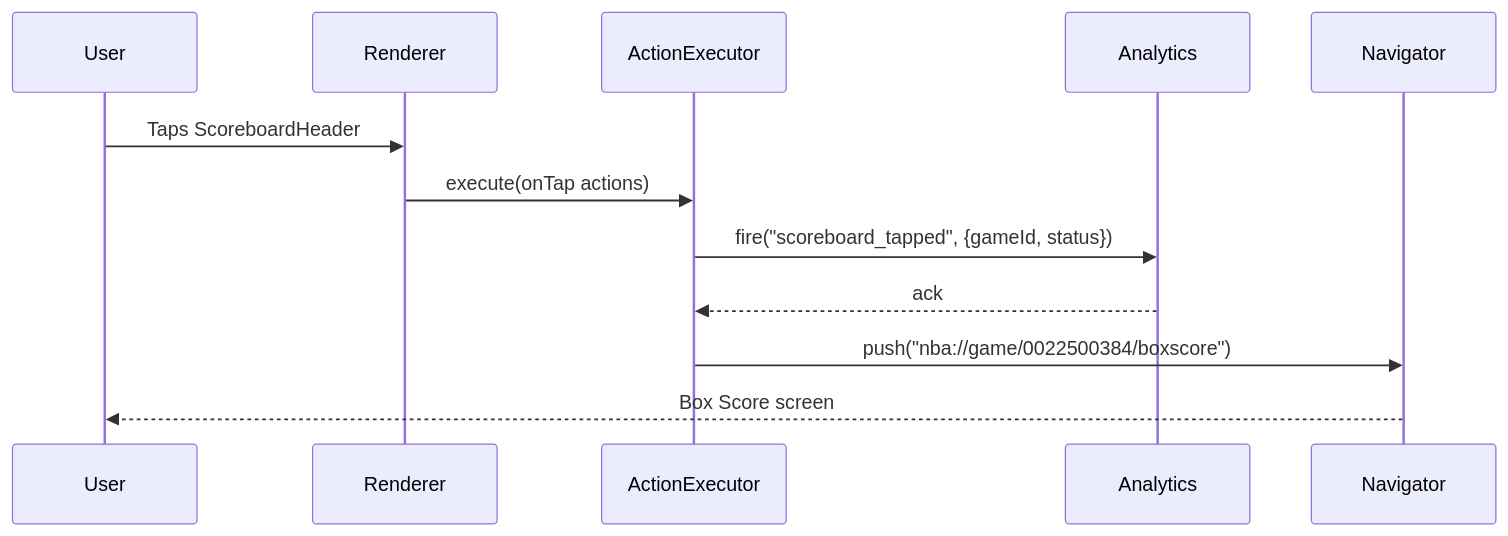
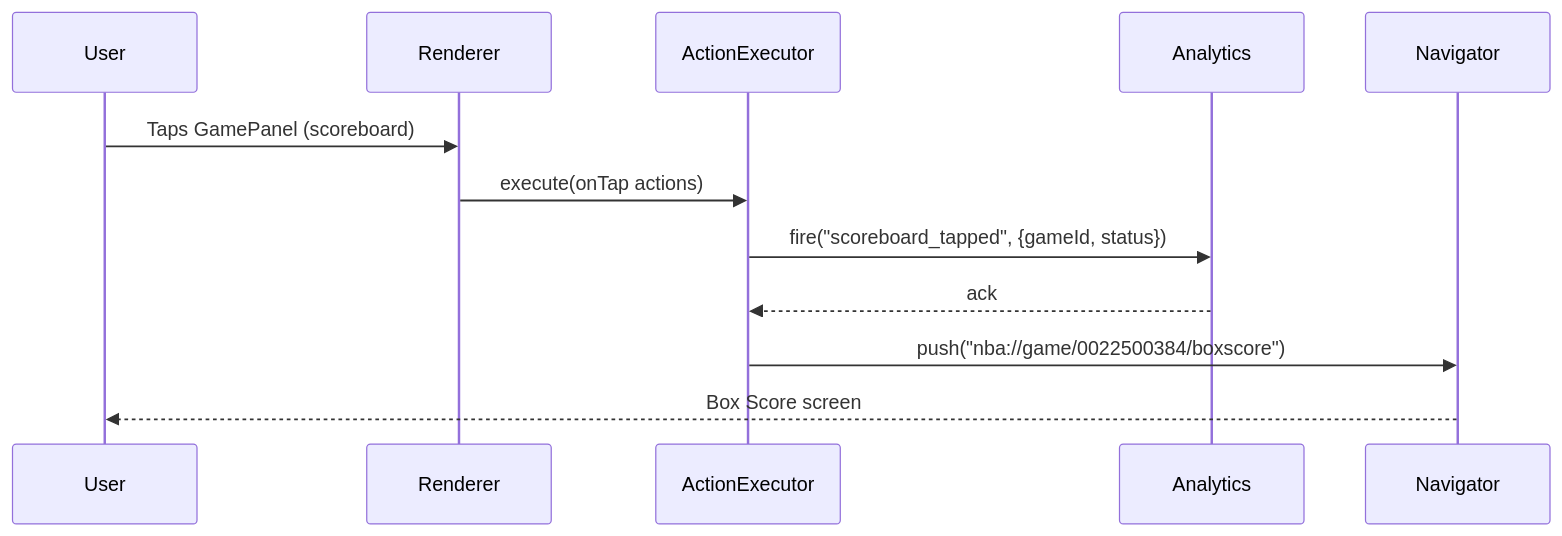
The fourth of 12 diagrams in docs/sdui-requirements-summary.md (bakburner/sdui-learn), drawn with Mermaid before and after one commit. The commit also changed other lines of this file and 39 other files, not shown here.

First line of the commit message:
Phase 5: SectionSlot bidirectional bridge + ScoreboardHeader consolidation

````diff
--- a/docs/sdui-requirements-summary.md
+++ b/docs/sdui-requirements-summary.md
@@ -275,15 +275,15 @@
 ```mermaid
 sequenceDiagram
     participant User
     participant Renderer
     participant ActionExecutor
     participant Analytics
     participant Navigator
 
-    User->>Renderer: Taps ScoreboardHeader
+    User->>Renderer: Taps GamePanel (scoreboard)
     Renderer->>ActionExecutor: execute(onTap actions)
     ActionExecutor->>Analytics: fire("scoreboard_tapped", {gameId, status})
     Analytics-->>ActionExecutor: ack
     ActionExecutor->>Navigator: push("nba://game/0022500384/boxscore")
     Navigator-->>User: Box Score screen
 ```
````
